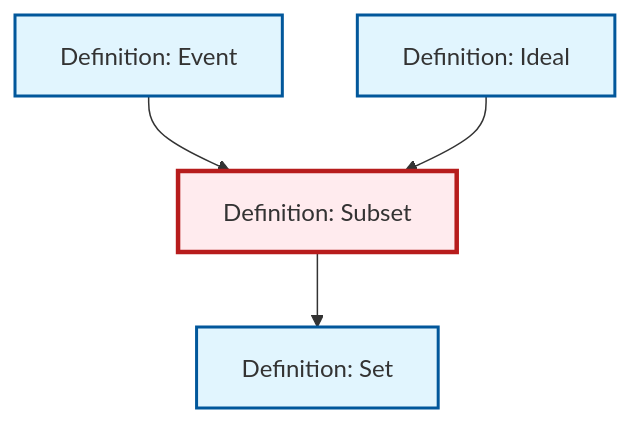
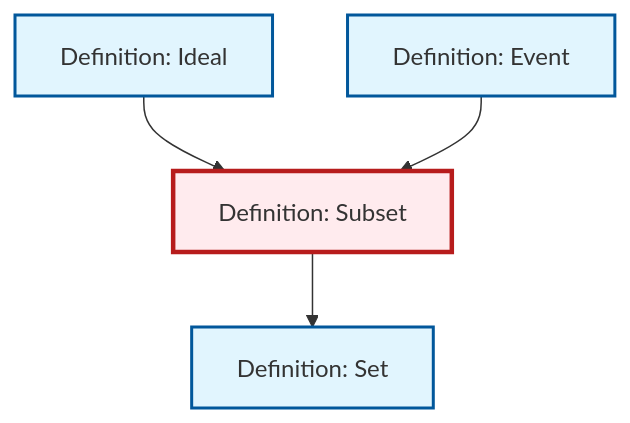
One commit to RK0429/ModernMath changed the diagram in content/en/logic-set-theory/def-subset.qmd. Above: the diagram before and after it, drawn with Mermaid. The commit also changed other lines of this file and 531 other files, not shown here.

````diff
--- a/content/en/logic-set-theory/def-subset.qmd
+++ b/content/en/logic-set-theory/def-subset.qmd
@@ -49,20 +49,20 @@
 ```{mermaid}
 %%| fig-cap: "Local dependency graph"
 graph TD
     classDef definition fill:#e1f5fe,stroke:#01579b,stroke-width:2px
     classDef theorem fill:#f3e5f5,stroke:#4a148c,stroke-width:2px
     classDef axiom fill:#fff3e0,stroke:#e65100,stroke-width:2px
     classDef example fill:#e8f5e9,stroke:#1b5e20,stroke-width:2px
     classDef current fill:#ffebee,stroke:#b71c1c,stroke-width:3px
+    def-ideal["Definition: Ideal"]:::definition
     def-set["Definition: Set"]:::definition
     def-event["Definition: Event"]:::definition
     def-subset["Definition: Subset"]:::definition
-    def-ideal["Definition: Ideal"]:::definition
+    def-subset --> def-set
+    def-ideal --> def-subset
     def-event --> def-subset
-    def-ideal --> def-subset
-    def-subset --> def-set
     class def-subset current
+    click def-ideal "def-ideal.html" "Go to Ideal definition"
     click def-set "def-set.html" "Go to Set definition"
     click def-event "def-event.html" "Go to Event definition"
-    click def-ideal "def-ideal.html" "Go to Ideal definition"
 ```
````
